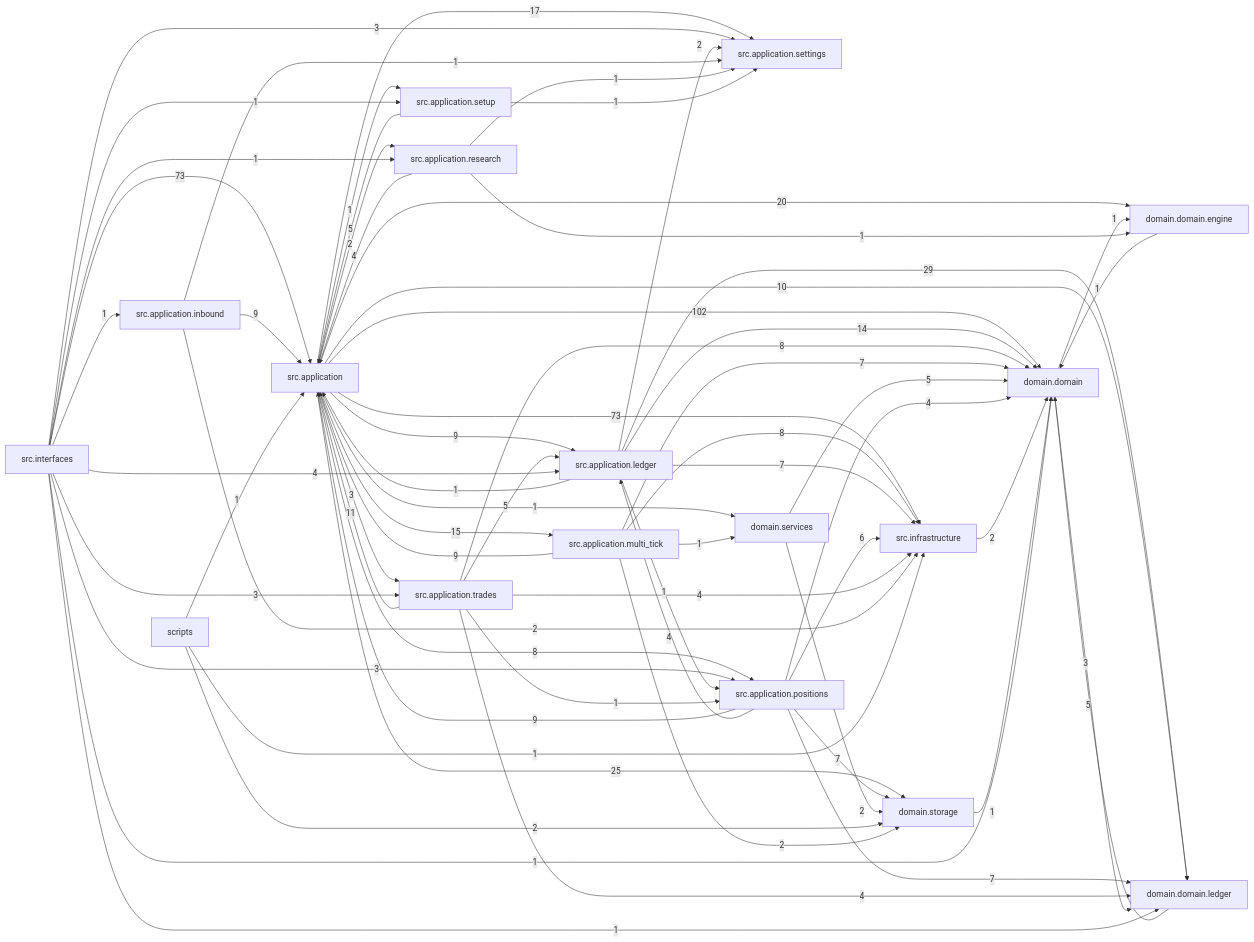
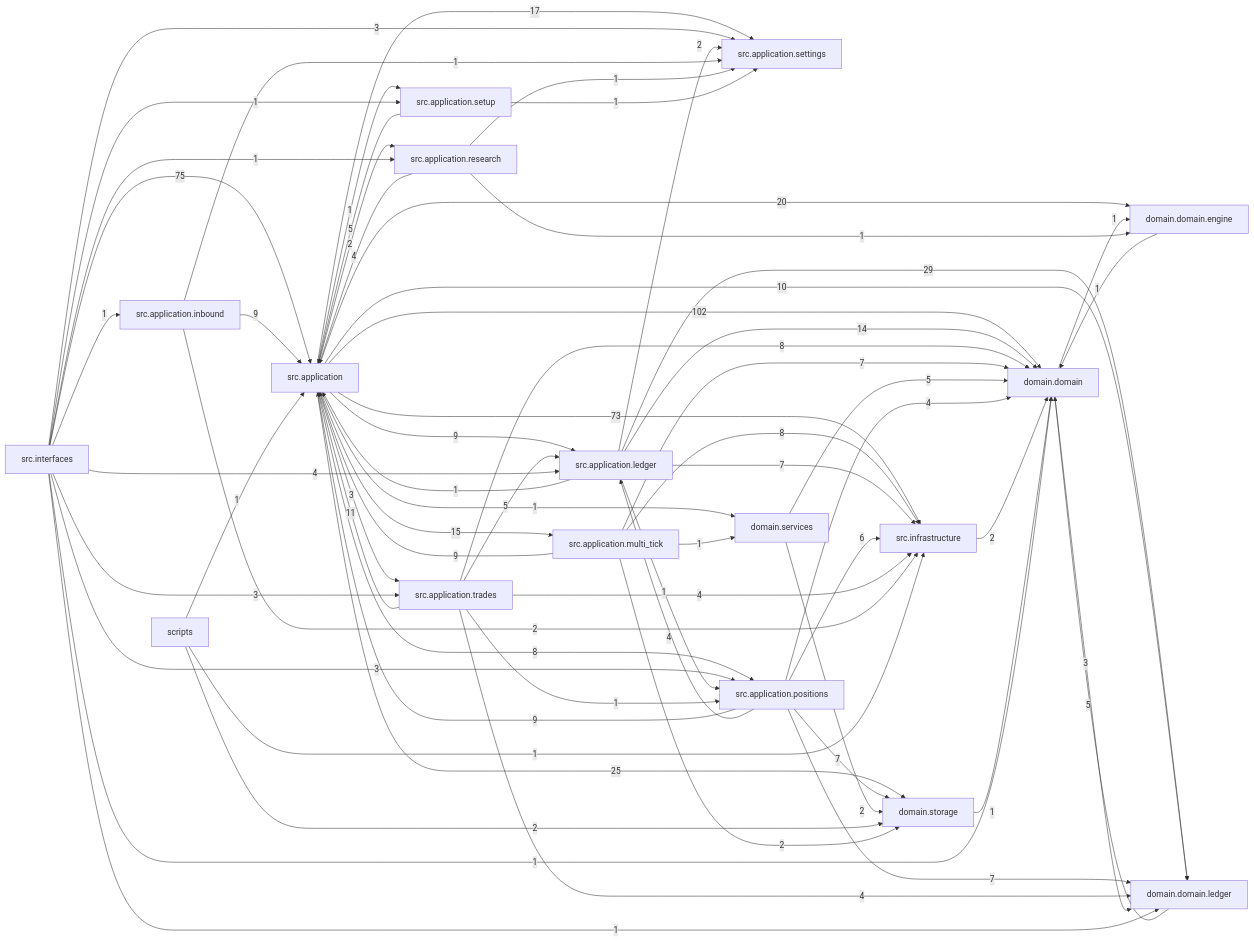
One commit to liuxie066/options-monitor changed the diagram in docs/dependency_graph.mmd. Above: the diagram before and after it, drawn with Mermaid. The commit also changed 3 other files, not shown here.

```diff
--- a/docs/dependency_graph.mmd
+++ b/docs/dependency_graph.mmd
@@ -1,66 +1,66 @@
 flowchart LR
   src_application["src.application"] -->|102| domain_domain["domain.domain"]
+  src_interfaces["src.interfaces"] -->|75| src_application["src.application"]
   src_application["src.application"] -->|73| src_infrastructure["src.infrastructure"]
-  src_interfaces["src.interfaces"] -->|73| src_application["src.application"]
   src_application_ledger["src.application.ledger"] -->|29| domain_domain_ledger["domain.domain.ledger"]
   src_application["src.application"] -->|25| domain_storage["domain.storage"]
   src_application["src.application"] -->|20| domain_domain_engine["domain.domain.engine"]
   src_application["src.application"] -->|17| src_application_settings["src.application.settings"]
   src_application["src.application"] -->|15| src_application_multi_tick["src.application.multi_tick"]
   src_application_ledger["src.application.ledger"] -->|14| domain_domain["domain.domain"]
   src_application_trades["src.application.trades"] -->|11| src_application["src.application"]
   src_application["src.application"] -->|10| domain_domain_ledger["domain.domain.ledger"]
   src_application["src.application"] -->|9| src_application_ledger["src.application.ledger"]
   src_application_inbound["src.application.inbound"] -->|9| src_application["src.application"]
   src_application_multi_tick["src.application.multi_tick"] -->|9| src_application["src.application"]
   src_application_positions["src.application.positions"] -->|9| src_application["src.application"]
   src_application["src.application"] -->|8| src_application_positions["src.application.positions"]
   src_application_multi_tick["src.application.multi_tick"] -->|8| src_infrastructure["src.infrastructure"]
   src_application_trades["src.application.trades"] -->|8| domain_domain["domain.domain"]
   src_application_ledger["src.application.ledger"] -->|7| src_infrastructure["src.infrastructure"]
   src_application_multi_tick["src.application.multi_tick"] -->|7| domain_domain["domain.domain"]
   src_application_positions["src.application.positions"] -->|7| domain_domain_ledger["domain.domain.ledger"]
   src_application_positions["src.application.positions"] -->|7| domain_storage["domain.storage"]
   src_application_positions["src.application.positions"] -->|6| src_infrastructure["src.infrastructure"]
   domain_domain_ledger["domain.domain.ledger"] -->|5| domain_domain["domain.domain"]
   domain_services["domain.services"] -->|5| domain_domain["domain.domain"]
   src_application_setup["src.application.setup"] -->|5| src_application["src.application"]
   src_application_trades["src.application.trades"] -->|5| src_application_ledger["src.application.ledger"]
   src_application_positions["src.application.positions"] -->|4| domain_domain["domain.domain"]
   src_application_positions["src.application.positions"] -->|4| src_application_ledger["src.application.ledger"]
   src_application_research["src.application.research"] -->|4| src_application["src.application"]
   src_application_trades["src.application.trades"] -->|4| domain_domain_ledger["domain.domain.ledger"]
   src_application_trades["src.application.trades"] -->|4| src_infrastructure["src.infrastructure"]
   src_interfaces["src.interfaces"] -->|4| src_application_ledger["src.application.ledger"]
   domain_domain["domain.domain"] -->|3| domain_domain_ledger["domain.domain.ledger"]
   src_application["src.application"] -->|3| src_application_trades["src.application.trades"]
   src_interfaces["src.interfaces"] -->|3| src_application_positions["src.application.positions"]
   src_interfaces["src.interfaces"] -->|3| src_application_settings["src.application.settings"]
   src_interfaces["src.interfaces"] -->|3| src_application_trades["src.application.trades"]
   domain_services["domain.services"] -->|2| domain_storage["domain.storage"]
   scripts["scripts"] -->|2| domain_storage["domain.storage"]
   src_application["src.application"] -->|2| src_application_research["src.application.research"]
   src_application_inbound["src.application.inbound"] -->|2| src_infrastructure["src.infrastructure"]
   src_application_ledger["src.application.ledger"] -->|2| src_application_settings["src.application.settings"]
   src_application_multi_tick["src.application.multi_tick"] -->|2| domain_storage["domain.storage"]
   src_infrastructure["src.infrastructure"] -->|2| domain_domain["domain.domain"]
   domain_domain["domain.domain"] -->|1| domain_domain_engine["domain.domain.engine"]
   domain_domain_engine["domain.domain.engine"] -->|1| domain_domain["domain.domain"]
   domain_storage["domain.storage"] -->|1| domain_domain["domain.domain"]
   scripts["scripts"] -->|1| src_application["src.application"]
   scripts["scripts"] -->|1| src_infrastructure["src.infrastructure"]
   src_application["src.application"] -->|1| domain_services["domain.services"]
   src_application["src.application"] -->|1| src_application_setup["src.application.setup"]
   src_application_inbound["src.application.inbound"] -->|1| src_application_settings["src.application.settings"]
   src_application_ledger["src.application.ledger"] -->|1| src_application["src.application"]
   src_application_ledger["src.application.ledger"] -->|1| src_application_positions["src.application.positions"]
   src_application_multi_tick["src.application.multi_tick"] -->|1| domain_services["domain.services"]
   src_application_research["src.application.research"] -->|1| domain_domain_engine["domain.domain.engine"]
   src_application_research["src.application.research"] -->|1| src_application_settings["src.application.settings"]
   src_application_setup["src.application.setup"] -->|1| src_application_settings["src.application.settings"]
   src_application_trades["src.application.trades"] -->|1| src_application_positions["src.application.positions"]
   src_interfaces["src.interfaces"] -->|1| domain_domain["domain.domain"]
   src_interfaces["src.interfaces"] -->|1| domain_domain_ledger["domain.domain.ledger"]
   src_interfaces["src.interfaces"] -->|1| src_application_inbound["src.application.inbound"]
   src_interfaces["src.interfaces"] -->|1| src_application_research["src.application.research"]
   src_interfaces["src.interfaces"] -->|1| src_application_setup["src.application.setup"]
```
